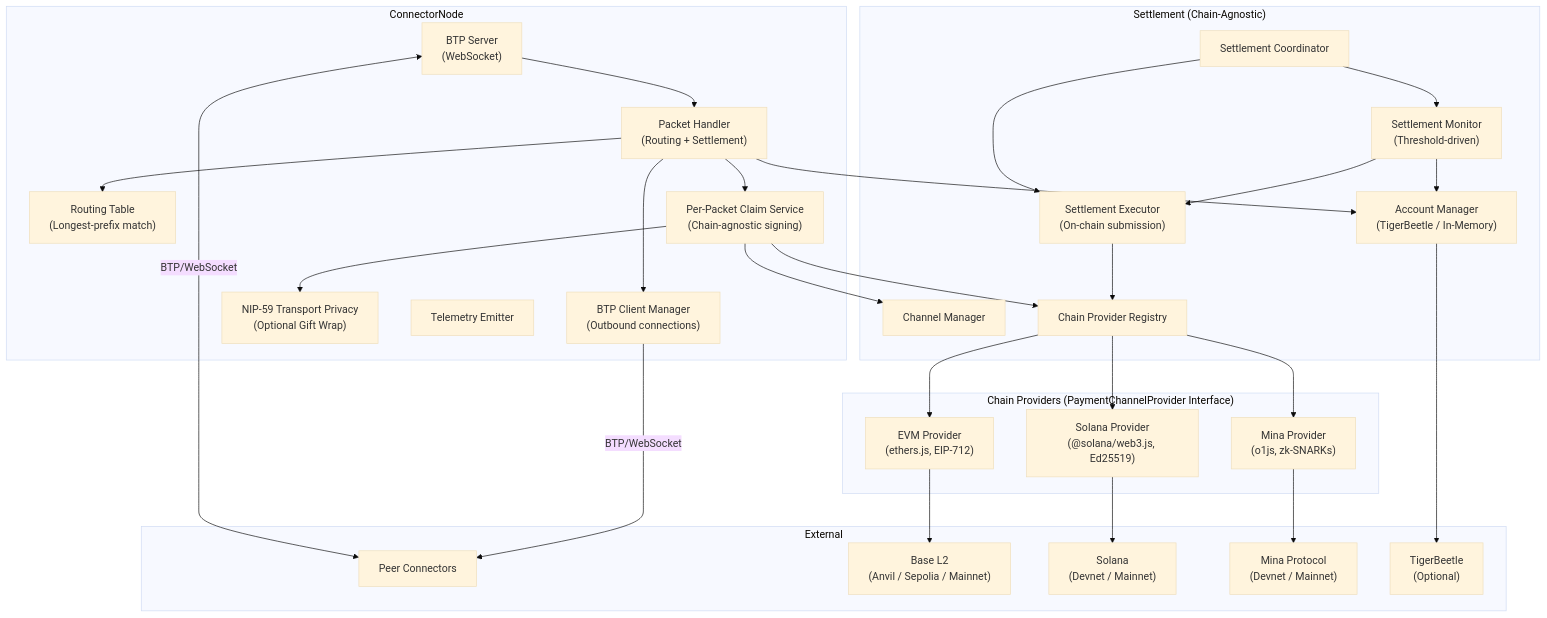
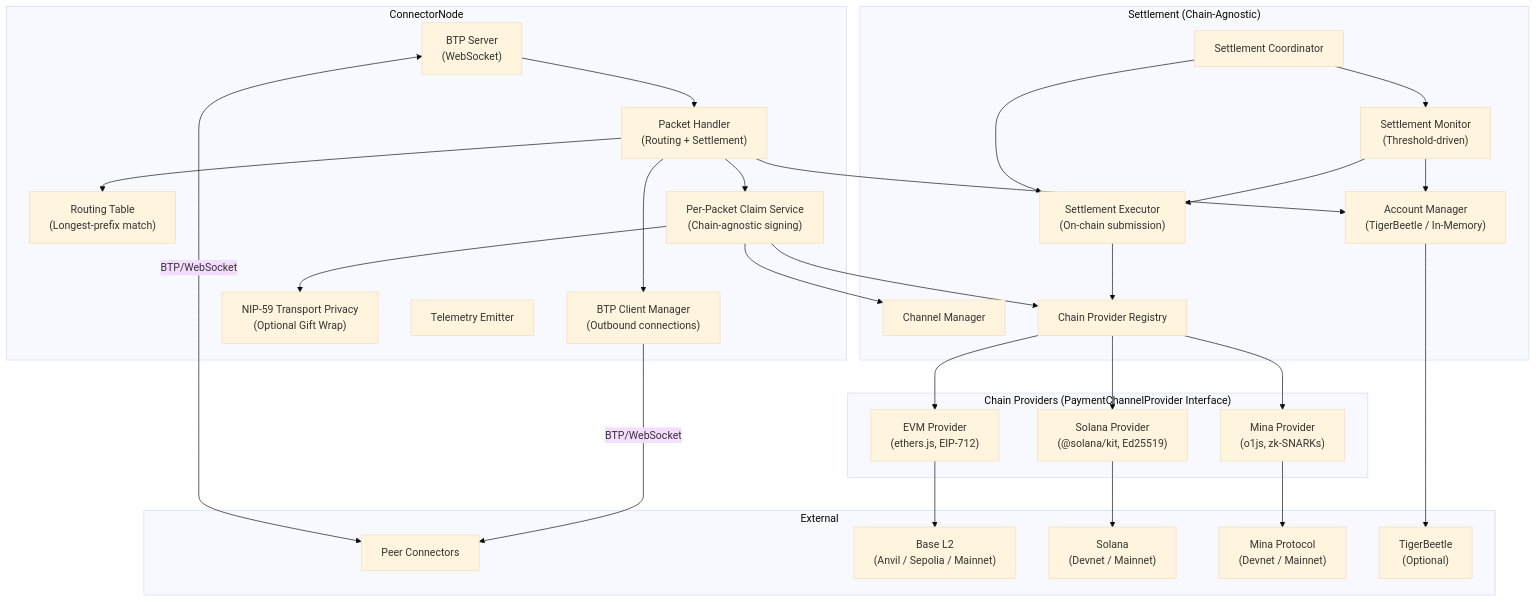
One commit to ALLiDoizCode/m2m changed the first of 6 diagrams in _bmad-output/planning-artifacts/architecture.md. Above: the diagram before and after it, drawn with Mermaid (base theme). The commit also changed other lines of this file and 17 other files, not shown here.

````diff
--- a/_bmad-output/planning-artifacts/architecture.md
+++ b/_bmad-output/planning-artifacts/architecture.md
@@ -65,58 +65,58 @@
 ```mermaid
 graph TB
     subgraph ConnectorNode
         BTPServer["BTP Server<br/>(WebSocket)"]
         BTPClientManager["BTP Client Manager<br/>(Outbound connections)"]
         PacketHandler["Packet Handler<br/>(Routing + Settlement)"]
         RoutingTable["Routing Table<br/>(Longest-prefix match)"]
         PerPacketClaims["Per-Packet Claim Service<br/>(Chain-agnostic signing)"]
         NIP59["NIP-59 Transport Privacy<br/>(Optional Gift Wrap)"]
         TelemetryEmitter["Telemetry Emitter"]
     end
 
     subgraph Settlement["Settlement (Chain-Agnostic)"]
         ChannelManager["Channel Manager"]
         ChainRegistry["Chain Provider Registry"]
         AccountManager["Account Manager<br/>(TigerBeetle / In-Memory)"]
         SettlementMonitor["Settlement Monitor<br/>(Threshold-driven)"]
         SettlementExecutor["Settlement Executor<br/>(On-chain submission)"]
         SettlementCoordinator["Settlement Coordinator"]
     end
 
     subgraph Providers["Chain Providers (PaymentChannelProvider Interface)"]
         EVMProvider["EVM Provider<br/>(ethers.js, EIP-712)"]
-        SolanaProvider["Solana Provider<br/>(@solana/web3.js, Ed25519)"]
+        SolanaProvider["Solana Provider<br/>(@solana/kit, Ed25519)"]
         MinaProvider["Mina Provider<br/>(o1js, zk-SNARKs)"]
     end
 
     subgraph External
         PeerConnectors["Peer Connectors"]
         BaseL2["Base L2<br/>(Anvil / Sepolia / Mainnet)"]
         SolanaChain["Solana<br/>(Devnet / Mainnet)"]
         MinaChain["Mina Protocol<br/>(Devnet / Mainnet)"]
         TigerBeetle["TigerBeetle<br/>(Optional)"]
     end
 
     PeerConnectors <-->|BTP/WebSocket| BTPServer
     BTPClientManager -->|BTP/WebSocket| PeerConnectors
     BTPServer --> PacketHandler
     PacketHandler --> RoutingTable
     PacketHandler --> BTPClientManager
     PacketHandler --> PerPacketClaims
     PerPacketClaims --> NIP59
     PacketHandler --> AccountManager
     PerPacketClaims --> ChainRegistry
     PerPacketClaims --> ChannelManager
     SettlementMonitor --> AccountManager
     SettlementMonitor --> SettlementExecutor
     SettlementCoordinator --> SettlementMonitor
     SettlementCoordinator --> SettlementExecutor
     SettlementExecutor --> ChainRegistry
     ChainRegistry --> EVMProvider
     ChainRegistry --> SolanaProvider
     ChainRegistry --> MinaProvider
     EVMProvider --> BaseL2
     SolanaProvider --> SolanaChain
     MinaProvider --> MinaChain
     AccountManager --> TigerBeetle
 ```
````
